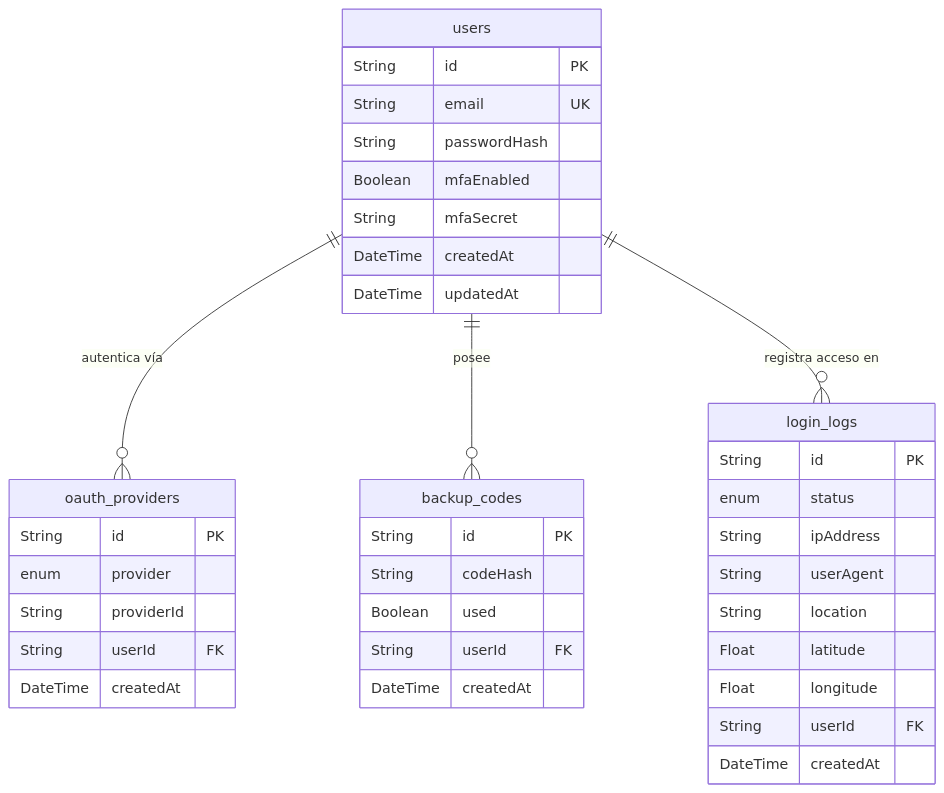
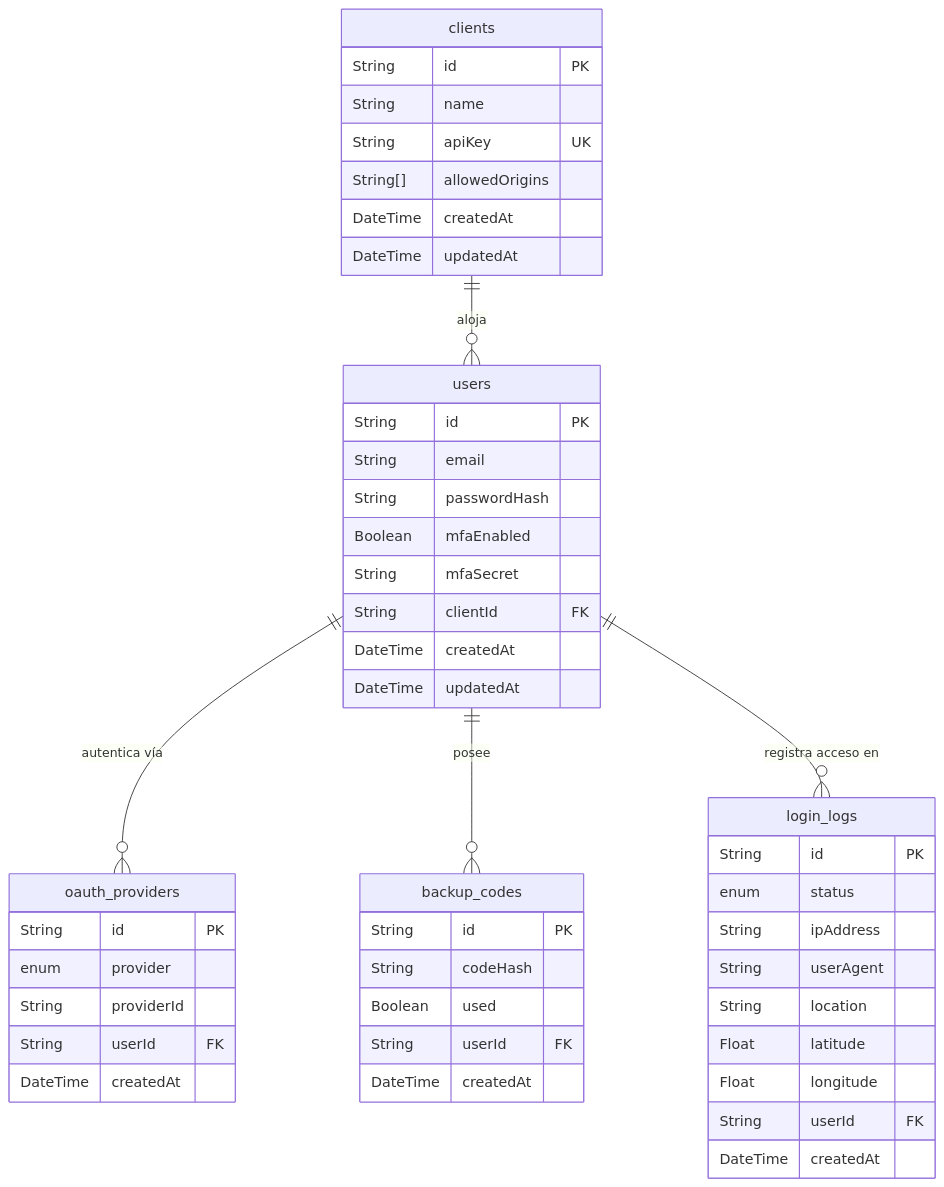
The third of 3 diagrams in docs/DocumentacionTecnica.md (Marvinilt/NexusAuth), drawn with Mermaid before and after one commit. The commit also changed other lines of this file and 24 other files, not shown here.

````diff
--- a/docs/DocumentacionTecnica.md
+++ b/docs/DocumentacionTecnica.md
@@ -77,44 +84,55 @@
 ```mermaid
 erDiagram
+    clients ||--o{ users : "aloja"
     users ||--o{ oauth_providers : "autentica vía"
     users ||--o{ backup_codes : "posee"
     users ||--o{ login_logs : "registra acceso en"
 
+    clients {
+        String id PK
+        String name
+        String apiKey UK
+        String[] allowedOrigins
+        DateTime createdAt
+        DateTime updatedAt
+    }
+
     users {
         String id PK
-        String email UK
+        String email
         String passwordHash
         Boolean mfaEnabled
         String mfaSecret
+        String clientId FK
         DateTime createdAt
         DateTime updatedAt
     }
 
     oauth_providers {
         String id PK
         enum provider
         String providerId
         String userId FK
         DateTime createdAt
     }
 
     backup_codes {
         String id PK
         String codeHash
         Boolean used
         String userId FK
         DateTime createdAt
     }
 
     login_logs {
         String id PK
         enum status
         String ipAddress
         String userAgent
         String location
         Float latitude
         Float longitude
         String userId FK
         DateTime createdAt
     }
 ```
````
